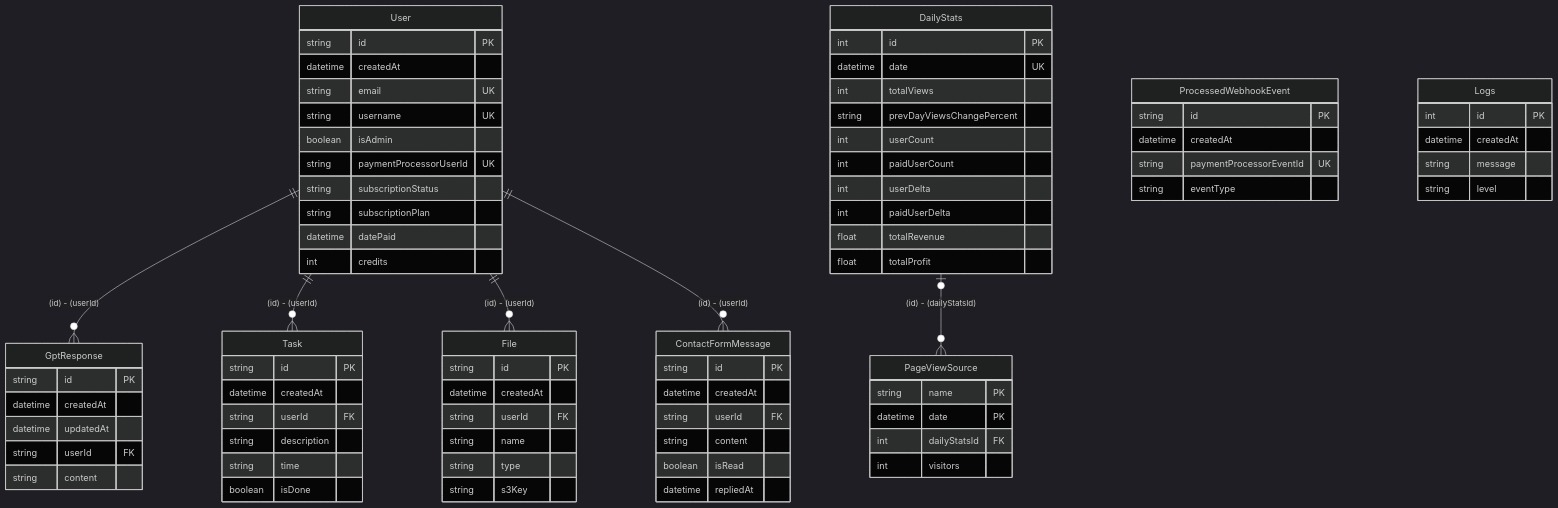
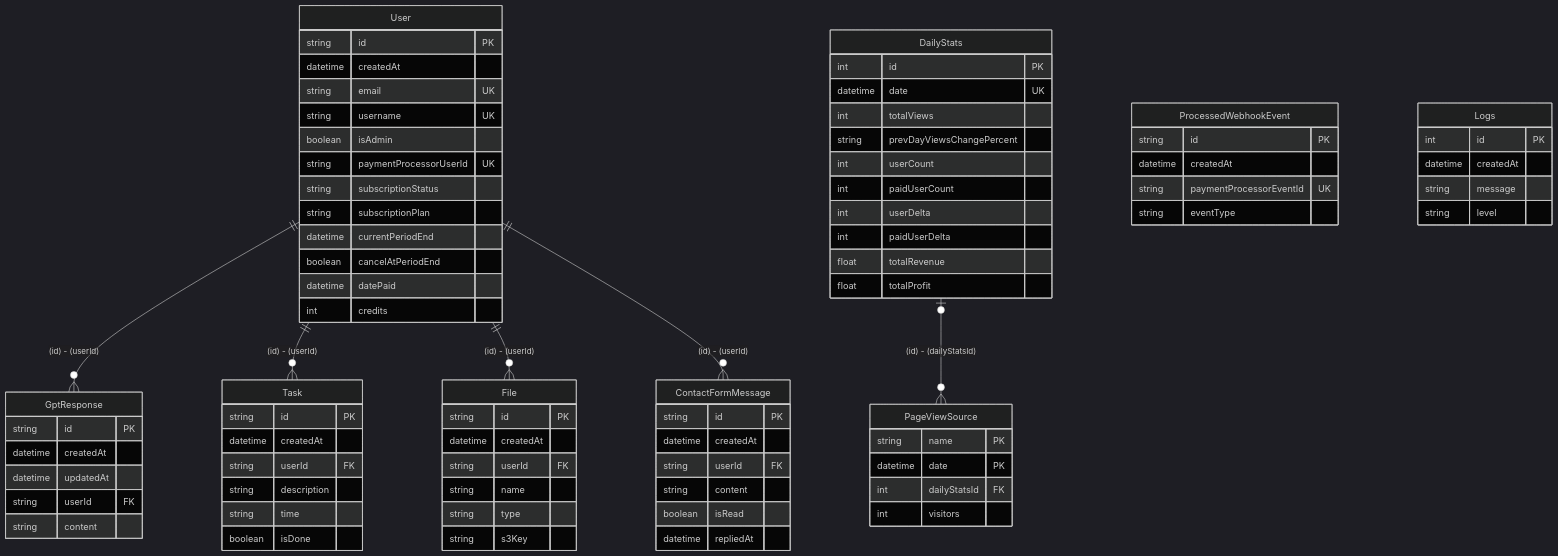
The diagram in schemas/opensaas/generated/er/er.md (nakita628/hekireki-examples), drawn with Mermaid (dark theme) before and after one commit. The commit also changed 245 other files, not shown here.

First line of the commit message:
Update upstream schema pins and add Blinko

```diff
--- a/schemas/opensaas/generated/er/er.md
+++ b/schemas/opensaas/generated/er/er.md
@@ -14,6 +14,8 @@
         string paymentProcessorUserId UK
         string subscriptionStatus
         string subscriptionPlan
+        datetime currentPeriodEnd
+        boolean cancelAtPeriodEnd
         datetime datePaid
         int credits
     }
```
